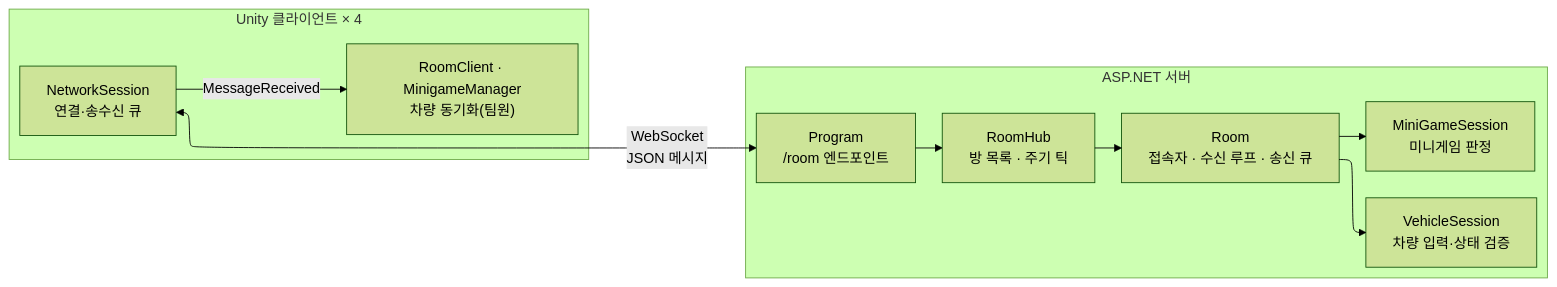
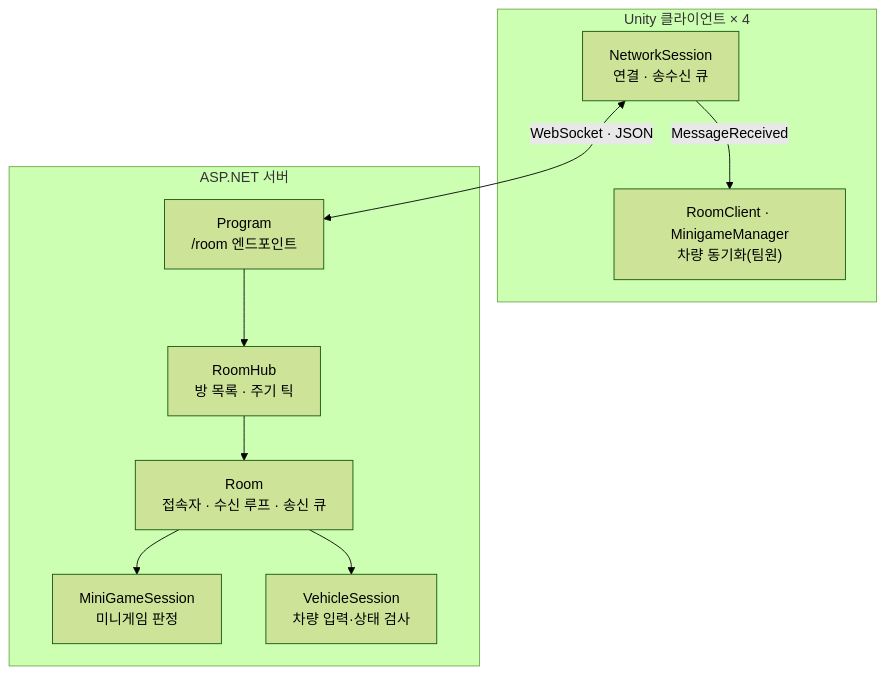
One commit to Lets-Gitit/portfolio changed the second of 6 diagrams in src/3-Thief/프로젝트문서.md. Above: the diagram before and after it, drawn with Mermaid (forest theme). The commit also changed other lines of this file and 8 other files, not shown here.

````diff
--- a/src/3-Thief/프로젝트문서.md
+++ b/src/3-Thief/프로젝트문서.md
@@ -88,19 +124,15 @@
 ```mermaid
----
-config:
-  layout: elk
----
-flowchart LR
+flowchart TB
     subgraph Unity["Unity 클라이언트 × 4"]
-        NS["NetworkSession<br/>연결·송수신 큐"]
+        NS["NetworkSession<br/>연결 · 송수신 큐"]
         US["RoomClient · MinigameManager<br/>차량 동기화(팀원)"]
         NS -->|"MessageReceived"| US
     end
     subgraph Server["ASP.NET 서버"]
         P["Program<br/>/room 엔드포인트"] --> H["RoomHub<br/>방 목록 · 주기 틱"]
         H --> R["Room<br/>접속자 · 수신 루프 · 송신 큐"]
         R --> M["MiniGameSession<br/>미니게임 판정"]
-        R --> V["VehicleSession<br/>차량 입력·상태 검증"]
+        R --> V["VehicleSession<br/>차량 입력·상태 검사"]
     end
-    NS <-->|"WebSocket<br/>JSON 메시지"| P
+    NS <-->|"WebSocket · JSON"| P
 ```
````
